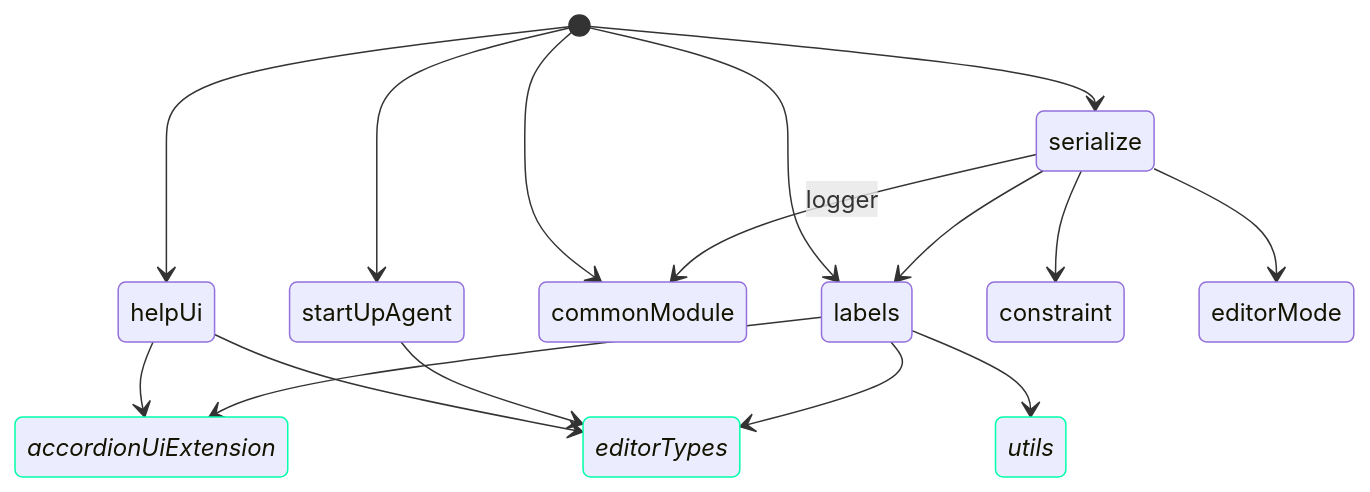
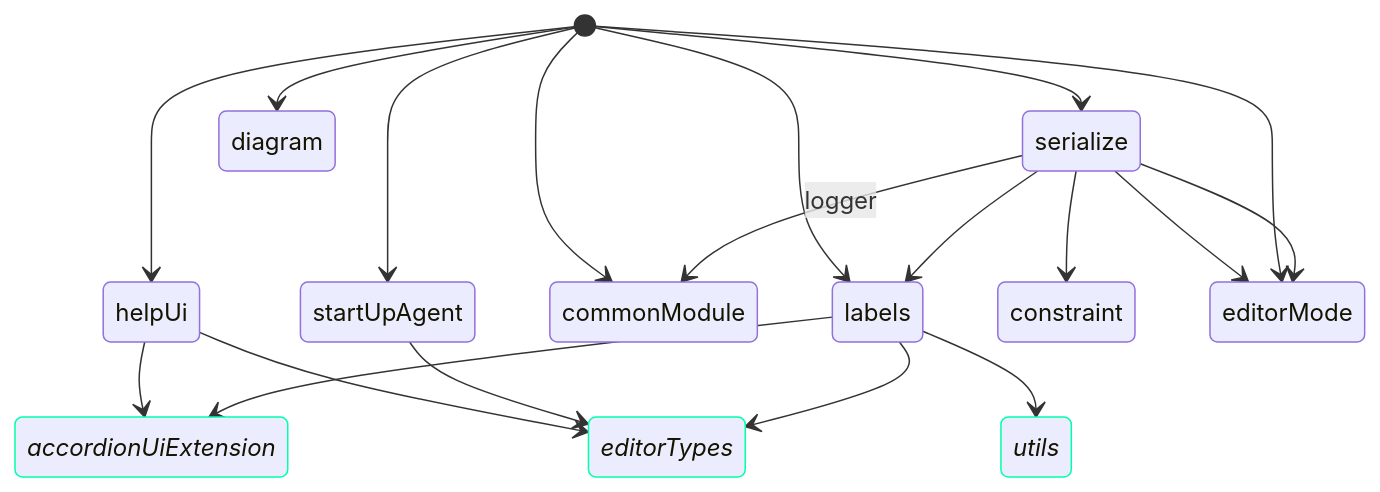
One commit to DataFlowAnalysis/OnlineEditor changed the diagram in frontend/webEditor/dependencyGraph.md. Above: the diagram before and after it, drawn with Mermaid. The commit also changed 15 other files, not shown here.

````diff
--- a/frontend/webEditor/dependencyGraph.md
+++ b/frontend/webEditor/dependencyGraph.md
@@ -1,23 +1,27 @@
 ```mermaid
 stateDiagram-v2
     [*] --> helpUi
     [*] --> startUpAgent
     helpUi --> accordionUiExtension
     helpUi --> editorTypes
     startUpAgent --> editorTypes
     [*] --> commonModule
     [*] --> labels
     labels --> utils
     labels --> editorTypes
     labels --> accordionUiExtension
 
     serialize --> labels
     serialize --> constraint
     serialize --> editorMode
     [*] --> serialize
+    serialize --> commonModule: logger
 
-    serialize --> commonModule: logger
+    [*] --> editorMode
+    serialize --> editorMode
+
+    [*] --> diagram
 
     classDef diLess font-style:italic,stroke:#0fa
     class accordionUiExtension,editorTypes,utils diLess
 ```
````
